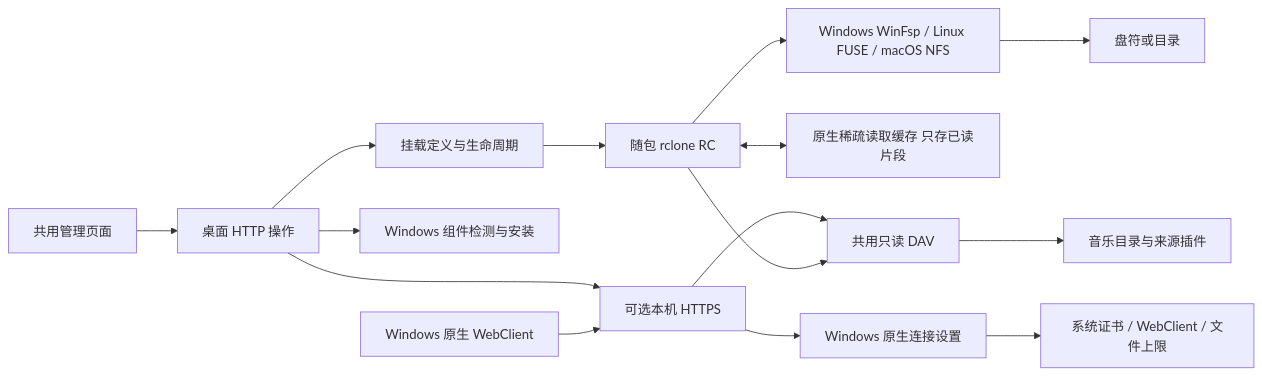
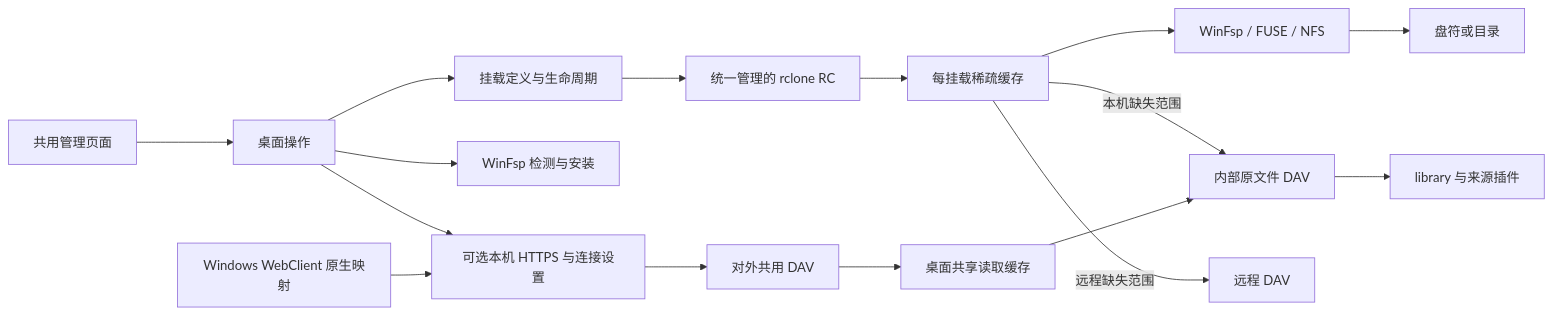
The diagram in docs/architecture/desktop-mounts.md (shengyusi-SYS/musicfs), drawn with Mermaid before and after one commit. The commit also changed other lines of this file and 23 other files, not shown here.

Commit message:
docs: consolidate MusicFS architecture and reusable lessons

````diff
--- a/docs/architecture/desktop-mounts.md
+++ b/docs/architecture/desktop-mounts.md
@@ -5,17 +5,18 @@
 ```mermaid
 flowchart LR
-  UI[共用管理页面] --> API[桌面 HTTP 操作]
+  UI[共用管理页面] --> API[桌面操作]
   API --> Mount[挂载定义与生命周期]
-  API --> Setup[Windows 组件检测与安装]
-  API --> TLS[可选本机 HTTPS]
-  TLS --> Native[Windows 原生连接设置]
-  Native --> Client[系统证书 / WebClient / 文件上限]
-  Mount --> RC[随包 rclone RC]
-  RC <--> ReadCache[原生稀疏读取缓存 只存已读片段]
-  RC --> Bridge[Windows WinFsp / Linux FUSE / macOS NFS]
+  API --> Setup[WinFsp 检测与安装]
+  API --> TLS[可选本机 HTTPS 与连接设置]
+  Mount --> RC[统一管理的 rclone RC]
+  RC --> VFS[每挂载稀疏缓存]
+  VFS --> Bridge[WinFsp / FUSE / NFS]
   Bridge --> Drive[盘符或目录]
-  Explorer[Windows 原生 WebClient] --> TLS
-  TLS --> DAV[共用只读 DAV]
-  RC --> DAV
-  DAV --> Library[音乐目录与来源插件]
+  VFS -->|本机缺失范围| Raw[内部原文件 DAV]
+  VFS -->|远程缺失范围| Remote[远程 DAV]
+  Explorer[Windows WebClient 原生映射] --> TLS
+  TLS --> Public[对外共用 DAV]
+  Public --> Shared[桌面共享读取缓存]
+  Shared --> Raw
+  Raw --> Library[library 与来源插件]
 ```
````
